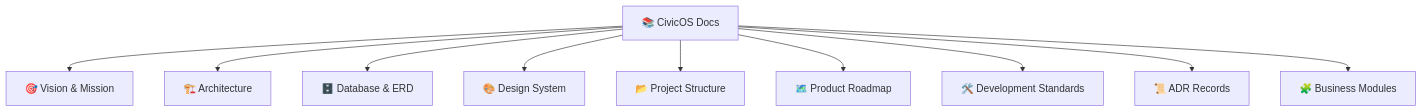
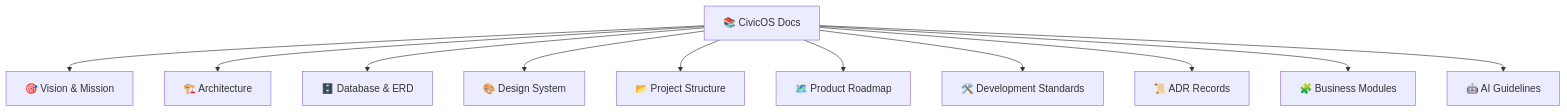
The diagram in docs/README.md (FakhriF/civic-os), drawn with Mermaid before and after one commit. The commit also changed other lines of this file and 8 other files, not shown here.

````diff
--- a/docs/README.md
+++ b/docs/README.md
@@ -9,23 +9,25 @@
 ```mermaid
 graph TD
     Docs["📚 CivicOS Docs"]
     Vision["🎯 Vision & Mission"]
     Arch["🏗️ Architecture"]
     DB["🗄️ Database & ERD"]
     Design["🎨 Design System"]
     Struct["📂 Project Structure"]
     Roadmap["🗺️ Product Roadmap"]
     Standards["🛠️ Development Standards"]
     ADR["📜 ADR Records"]
     Modules["🧩 Business Modules"]
+    AI["🤖 AI Guidelines"]
 
     Docs --> Vision
     Docs --> Arch
     Docs --> DB
     Docs --> Design
     Docs --> Struct
     Docs --> Roadmap
     Docs --> Standards
     Docs --> ADR
     Docs --> Modules
+    Docs --> AI
 ```
````
